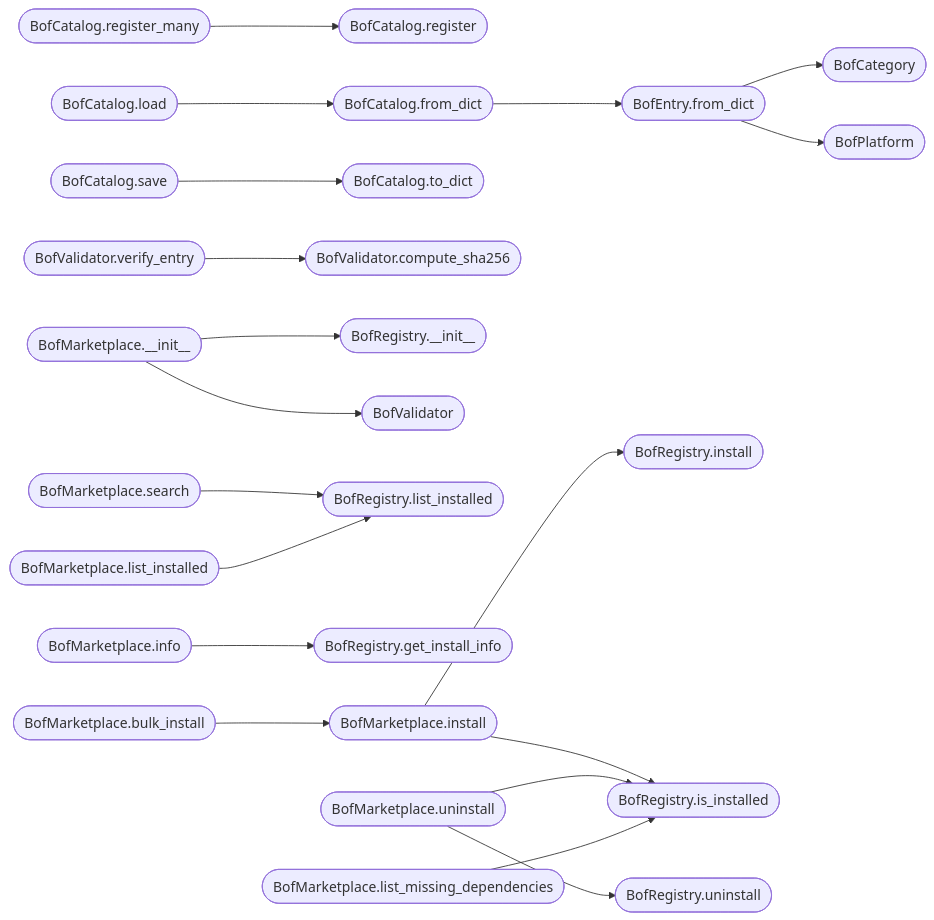
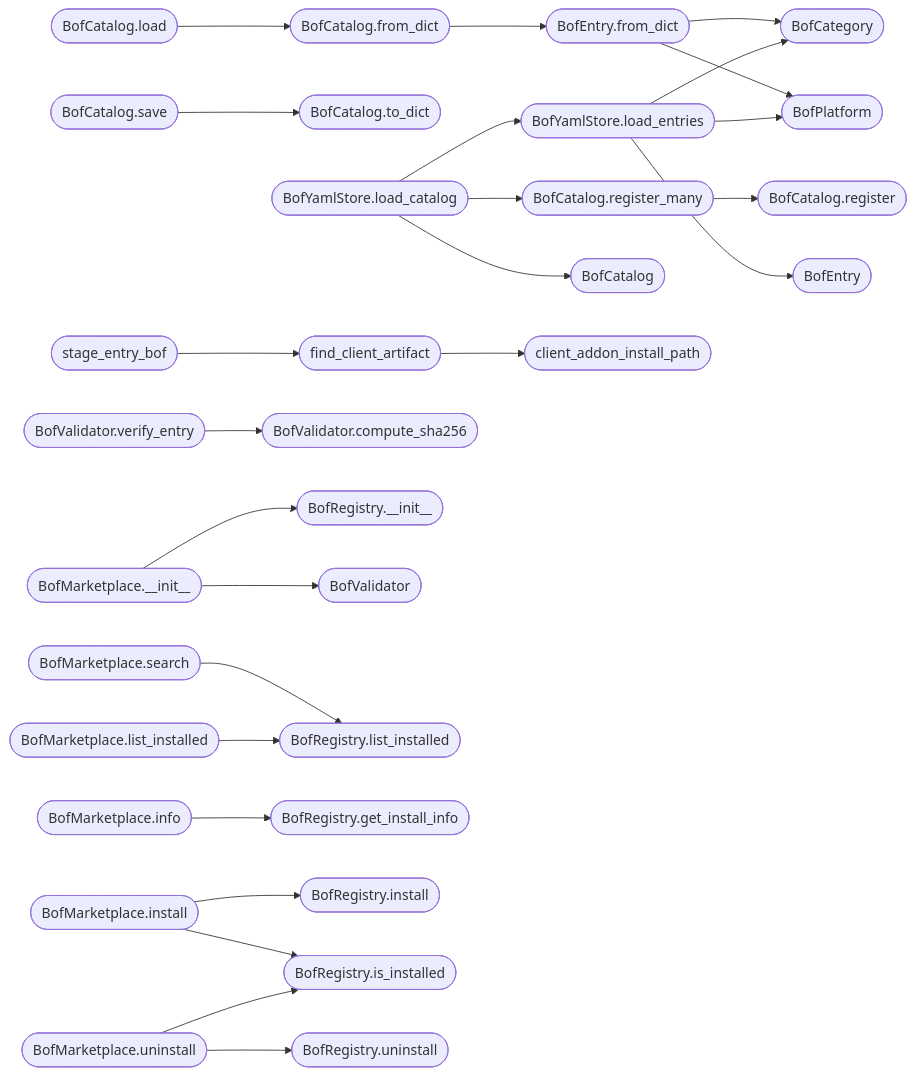
Before and after one commit to grisuno/LazyOwn: the second of 2 diagrams in readmenator-apidocs/modules/modules.bof_registry.py.md, drawn with Mermaid. The commit also changed other lines of this file and 380 other files, not shown here.

````diff
--- a/readmenator-apidocs/modules/modules.bof_registry.py.md
+++ b/readmenator-apidocs/modules/modules.bof_registry.py.md
@@ -128,47 +136,58 @@
 ```mermaid
 flowchart LR
     n_modules_bof_registry_py__BofEntry_from_dict(["BofEntry.from_dict"])
     n_modules_bof_registry_py__BofCategory(["BofCategory"])
     n_modules_bof_registry_py__BofPlatform(["BofPlatform"])
     n_modules_bof_registry_py__BofCatalog_register_many(["BofCatalog.register_many"])
     n_modules_bof_registry_py__BofCatalog_register(["BofCatalog.register"])
     n_modules_bof_registry_py__BofCatalog_from_dict(["BofCatalog.from_dict"])
     n_modules_bof_registry_py__BofCatalog_load(["BofCatalog.load"])
     n_modules_bof_registry_py__BofCatalog_save(["BofCatalog.save"])
     n_modules_bof_registry_py__BofCatalog_to_dict(["BofCatalog.to_dict"])
+    n_modules_bof_registry_py__BofYamlStore_load_entries(["BofYamlStore.load_entries"])
+    n_modules_bof_registry_py__BofEntry(["BofEntry"])
+    n_modules_bof_registry_py__BofYamlStore_load_catalog(["BofYamlStore.load_catalog"])
+    n_modules_bof_registry_py__BofCatalog(["BofCatalog"])
+    n_modules_bof_registry_py__find_client_artifact(["find_client_artifact"])
+    n_modules_bof_registry_py__client_addon_install_path(["client_addon_install_path"])
+    n_modules_bof_registry_py__stage_entry_bof(["stage_entry_bof"])
     n_modules_bof_registry_py__BofValidator_verify_entry(["BofValidator.verify_entry"])
     n_modules_bof_registry_py__BofValidator_compute_sha256(["BofValidator.compute_sha256"])
     n_modules_bof_registry_py__BofMarketplace___init__(["BofMarketplace.__init__"])
     n_modules_bof_registry_py__BofRegistry___init__(["BofRegistry.__init__"])
     n_modules_bof_registry_py__BofValidator(["BofValidator"])
     n_modules_bof_registry_py__BofMarketplace_search(["BofMarketplace.search"])
     n_modules_bof_registry_py__BofRegistry_list_installed(["BofRegistry.list_installed"])
     n_modules_bof_registry_py__BofMarketplace_info(["BofMarketplace.info"])
     n_modules_bof_registry_py__BofRegistry_get_install_info(["BofRegistry.get_install_info"])
     n_modules_bof_registry_py__BofMarketplace_install(["BofMarketplace.install"])
     n_modules_bof_registry_py__BofRegistry_install(["BofRegistry.install"])
     n_modules_bof_registry_py__BofRegistry_is_installed(["BofRegistry.is_installed"])
     n_modules_bof_registry_py__BofMarketplace_uninstall(["BofMarketplace.uninstall"])
     n_modules_bof_registry_py__BofRegistry_uninstall(["BofRegistry.uninstall"])
     n_modules_bof_registry_py__BofMarketplace_list_installed(["BofMarketplace.list_installed"])
-    n_modules_bof_registry_py__BofMarketplace_list_missing_dependencies(["BofMarketplace.list_missing_dependencies"])
-    n_modules_bof_registry_py__BofMarketplace_bulk_install(["BofMarketplace.bulk_install"])
     n_modules_bof_registry_py__BofEntry_from_dict --> n_modules_bof_registry_py__BofCategory
     n_modules_bof_registry_py__BofEntry_from_dict --> n_modules_bof_registry_py__BofPlatform
     n_modules_bof_registry_py__BofCatalog_register_many --> n_modules_bof_registry_py__BofCatalog_register
     n_modules_bof_registry_py__BofCatalog_from_dict --> n_modules_bof_registry_py__BofEntry_from_dict
     n_modules_bof_registry_py__BofCatalog_load --> n_modules_bof_registry_py__BofCatalog_from_dict
     n_modules_bof_registry_py__BofCatalog_save --> n_modules_bof_registry_py__BofCatalog_to_dict
+    n_modules_bof_registry_py__BofYamlStore_load_entries --> n_modules_bof_registry_py__BofCategory
+    n_modules_bof_registry_py__BofYamlStore_load_entries --> n_modules_bof_registry_py__BofEntry
+    n_modules_bof_registry_py__BofYamlStore_load_entries --> n_modules_bof_registry_py__BofPlatform
+    n_modules_bof_registry_py__BofYamlStore_load_catalog --> n_modules_bof_registry_py__BofCatalog
+    n_modules_bof_registry_py__BofYamlStore_load_catalog --> n_modules_bof_registry_py__BofCatalog_register_many
+    n_modules_bof_registry_py__BofYamlStore_load_catalog --> n_modules_bof_registry_py__BofYamlStore_load_entries
+    n_modules_bof_registry_py__find_client_artifact --> n_modules_bof_registry_py__client_addon_install_path
+    n_modules_bof_registry_py__stage_entry_bof --> n_modules_bof_registry_py__find_client_artifact
     n_modules_bof_registry_py__BofValidator_verify_entry --> n_modules_bof_registry_py__BofValidator_compute_sha256
     n_modules_bof_registry_py__BofMarketplace___init__ --> n_modules_bof_registry_py__BofRegistry___init__
     n_modules_bof_registry_py__BofMarketplace___init__ --> n_modules_bof_registry_py__BofValidator
     n_modules_bof_registry_py__BofMarketplace_search --> n_modules_bof_registry_py__BofRegistry_list_installed
     n_modules_bof_registry_py__BofMarketplace_info --> n_modules_bof_registry_py__BofRegistry_get_install_info
     n_modules_bof_registry_py__BofMarketplace_install --> n_modules_bof_registry_py__BofRegistry_install
     n_modules_bof_registry_py__BofMarketplace_install --> n_modules_bof_registry_py__BofRegistry_is_installed
     n_modules_bof_registry_py__BofMarketplace_uninstall --> n_modules_bof_registry_py__BofRegistry_is_installed
     n_modules_bof_registry_py__BofMarketplace_uninstall --> n_modules_bof_registry_py__BofRegistry_uninstall
     n_modules_bof_registry_py__BofMarketplace_list_installed --> n_modules_bof_registry_py__BofRegistry_list_installed
-    n_modules_bof_registry_py__BofMarketplace_list_missing_dependencies --> n_modules_bof_registry_py__BofRegistry_is_installed
-    n_modules_bof_registry_py__BofMarketplace_bulk_install --> n_modules_bof_registry_py__BofMarketplace_install
 ```
````
